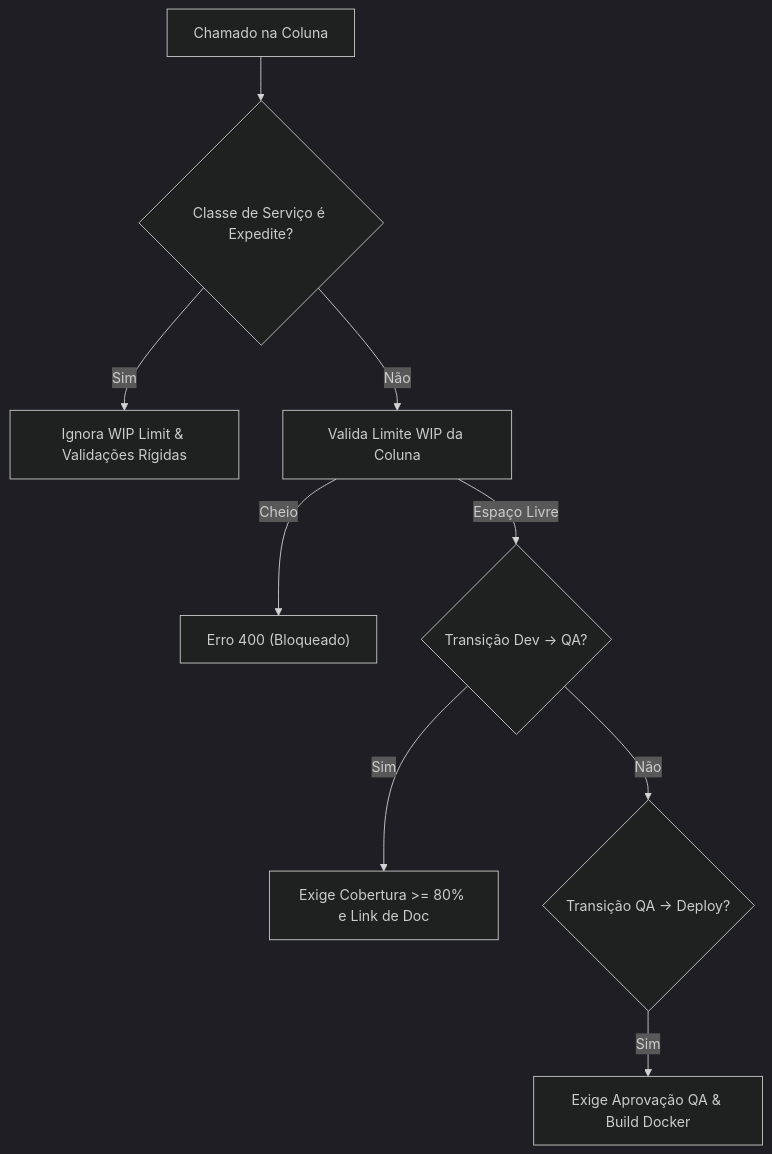
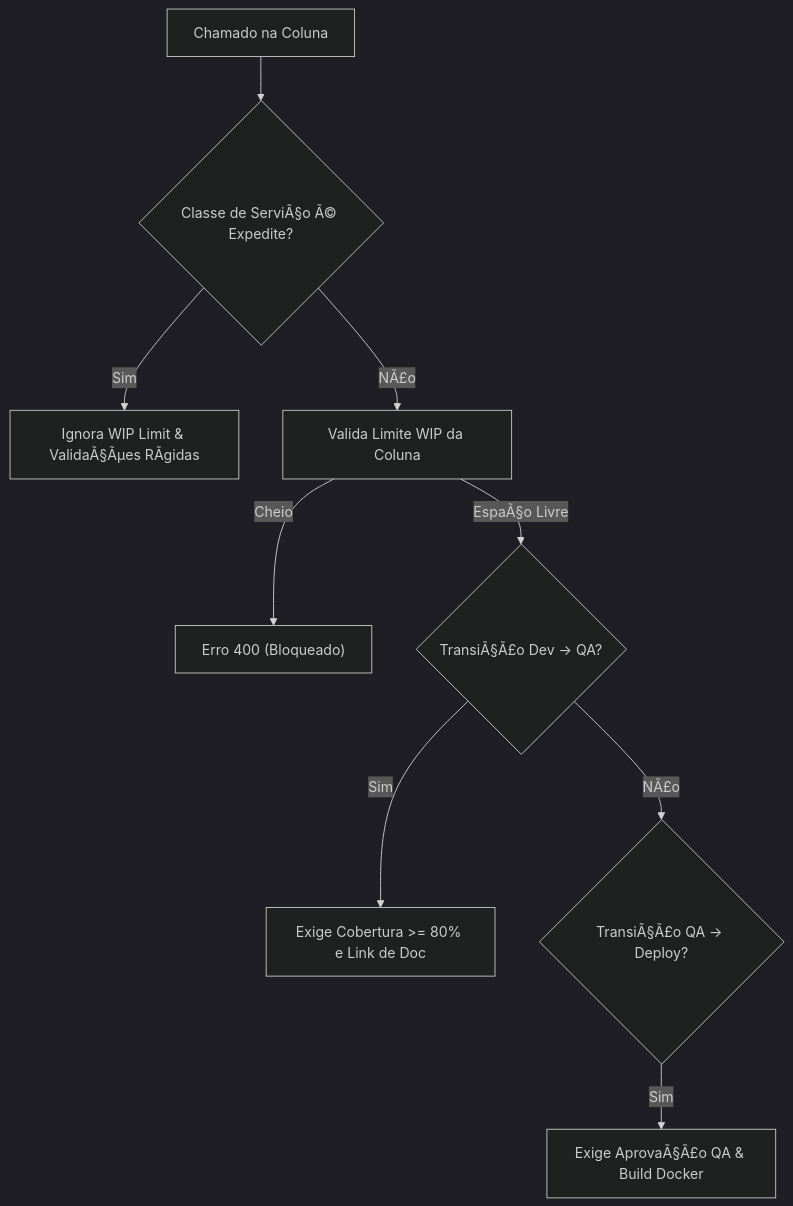
The diagram in test_report.md (JEMAM/stone), drawn with Mermaid (dark theme) before and after one commit. The commit also changed other lines of this file and 5 other files, not shown here.

````diff
--- a/test_report.md
+++ b/test_report.md
@@ -12,11 +12,11 @@
 ```mermaid
 graph TD
-    A["Chamado na Coluna"] --> B{"Classe de Serviço é Expedite?"}
-    B -- Sim --> C["Ignora WIP Limit & Validações Rígidas"]
-    B -- Não --> D["Valida Limite WIP da Coluna"]
+    A["Chamado na Coluna"] --> B{"Classe de ServiÃ§o Ã© Expedite?"}
+    B -- Sim --> C["Ignora WIP Limit & ValidaÃ§Ãµes RÃ­gidas"]
+    B -- NÃ£o --> D["Valida Limite WIP da Coluna"]
     D -- Cheio --> E["Erro 400 (Bloqueado)"]
-    D -- Espaço Livre --> F{"Transição Dev -> QA?"}
+    D -- EspaÃ§o Livre --> F{"TransiÃ§Ã£o Dev -> QA?"}
     F -- Sim --> G["Exige Cobertura >= 80% e Link de Doc"]
-    F -- Não --> H{"Transição QA -> Deploy?"}
-    H -- Sim --> I["Exige Aprovação QA & Build Docker"]
+    F -- NÃ£o --> H{"TransiÃ§Ã£o QA -> Deploy?"}
+    H -- Sim --> I["Exige AprovaÃ§Ã£o QA & Build Docker"]
 ```
````
